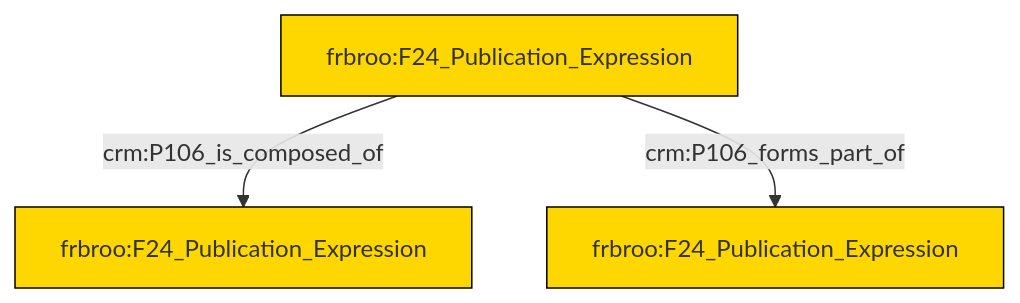
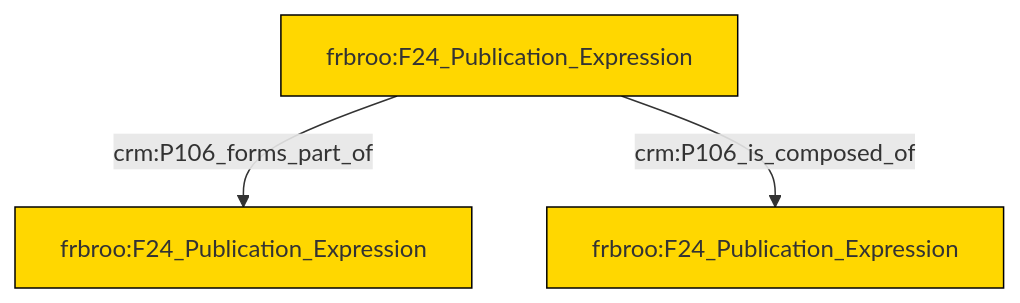
The diagram in et/biblioCSV/ttl/mmd/biblio_parthood.ttl.mmd (swiss-art-research-net/reference-data-models), drawn with Mermaid before and after one commit. The commit also changed 123 other files, not shown here.

```diff
--- a/et/biblioCSV/ttl/mmd/biblio_parthood.ttl.mmd
+++ b/et/biblioCSV/ttl/mmd/biblio_parthood.ttl.mmd
@@ -1,17 +1,17 @@
 graph TD
 classDef Literal fill:#f2f2f2,stroke:#000000;
 classDef CRM_Entity fill:#FFFFFF,stroke:#000000;
 classDef Temporal_Entity fill:#00C9E6, stroke:#000000;
 classDef Type fill:#E18312, stroke:#000000;
 classDef Time-Span fill:#2C9C91, stroke:#000000;
 classDef Appellation fill:#FFEB7F, stroke:#000000;
 classDef Place fill:#008836, stroke:#000000;
 classDef Persistent_Item fill:#B266B2, stroke:#000000;
 classDef Conceptual_Object fill:#FFD700, stroke:#000000;
 classDef Physical_Thing fill:#D2B48C, stroke:#000000;
 classDef Actor fill:#f58aad, stroke:#000000;
 classDef PC_Classes fill:#4ce600, stroke:#000000;
 classDef Multi fill:#cccccc,stroke:#000000;
 
-2["frbroo:F24_Publication_Expression"]:::Conceptual_Object -->|crm:P106_is_composed_of| 0["frbroo:F24_Publication_Expression"]:::Conceptual_Object
-2["frbroo:F24_Publication_Expression"]:::Conceptual_Object -->|crm:P106_forms_part_of| 3["frbroo:F24_Publication_Expression"]:::Conceptual_Object
+4["frbroo:F24_Publication_Expression"]:::Conceptual_Object -->|crm:P106_forms_part_of| 0["frbroo:F24_Publication_Expression"]:::Conceptual_Object
+4["frbroo:F24_Publication_Expression"]:::Conceptual_Object -->|crm:P106_is_composed_of| 2["frbroo:F24_Publication_Expression"]:::Conceptual_Object
```
